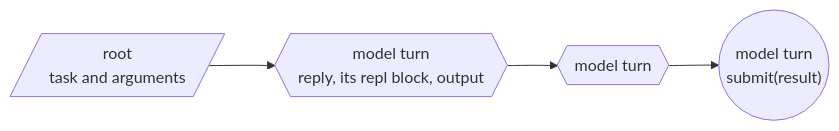
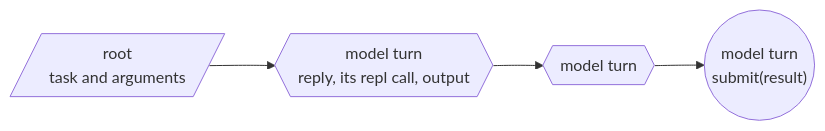
One commit to shyamsn97/rlmflow changed the first of 5 diagrams in README.md. Above: the diagram before and after it, drawn with Mermaid. The commit also changed other lines of this file and 159 other files, not shown here.

````diff
--- a/README.md
+++ b/README.md
@@ -401,4 +405,4 @@
 ```mermaid
 flowchart LR
-  r[/"root<br/>task and arguments"/] --> b{{"model turn<br/>reply, its repl block, output"}} --> c{{"model turn"}} --> d(("model turn<br/>submit(result)"))
+  r[/"root<br/>task and arguments"/] --> b{{"model turn<br/>reply, its repl call, output"}} --> c{{"model turn"}} --> d(("model turn<br/>submit(result)"))
 ```
````
